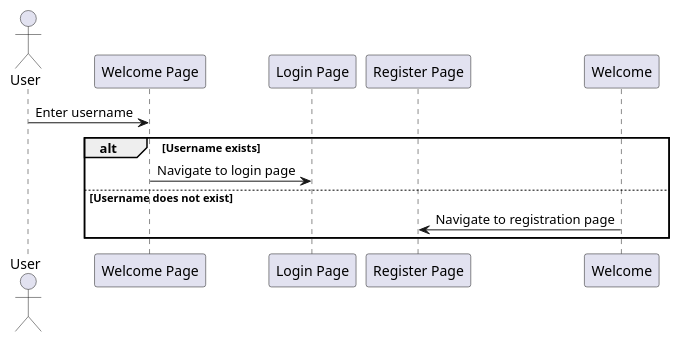
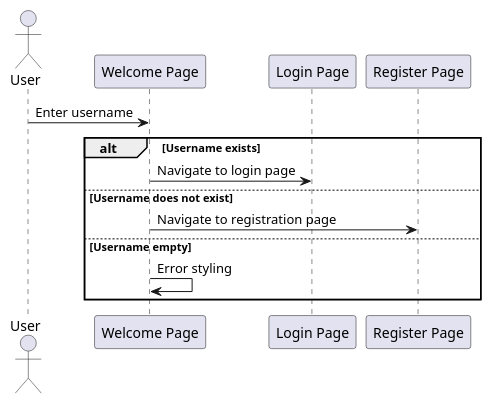
The diagram in Architecture Documents/Sequence Diagrams/Welcome Page.md (wedunsto/yourbible-frontend), drawn with PlantUML before and after one commit. The commit also changed other lines of this file and 11 other files, not shown here.

````diff
--- a/Architecture Documents/Sequence Diagrams/Welcome Page.md
+++ b/Architecture Documents/Sequence Diagrams/Welcome Page.md
@@ -3,17 +3,19 @@
 ```plantuml
 @startuml
 actor User
 participant "Welcome Page" as welcome
 participant "Login Page" as login
 participant "Register Page" as register
 
 User -> welcome : Enter username
 
 alt Username exists
     welcome -> login : Navigate to login page
 else Username does not exist
-    Welcome -> register : Navigate to registration page
+    welcome -> register : Navigate to registration page
+else Username empty
+	welcome -> welcome : Error styling
 end
 
 @enduml
 ```
````
